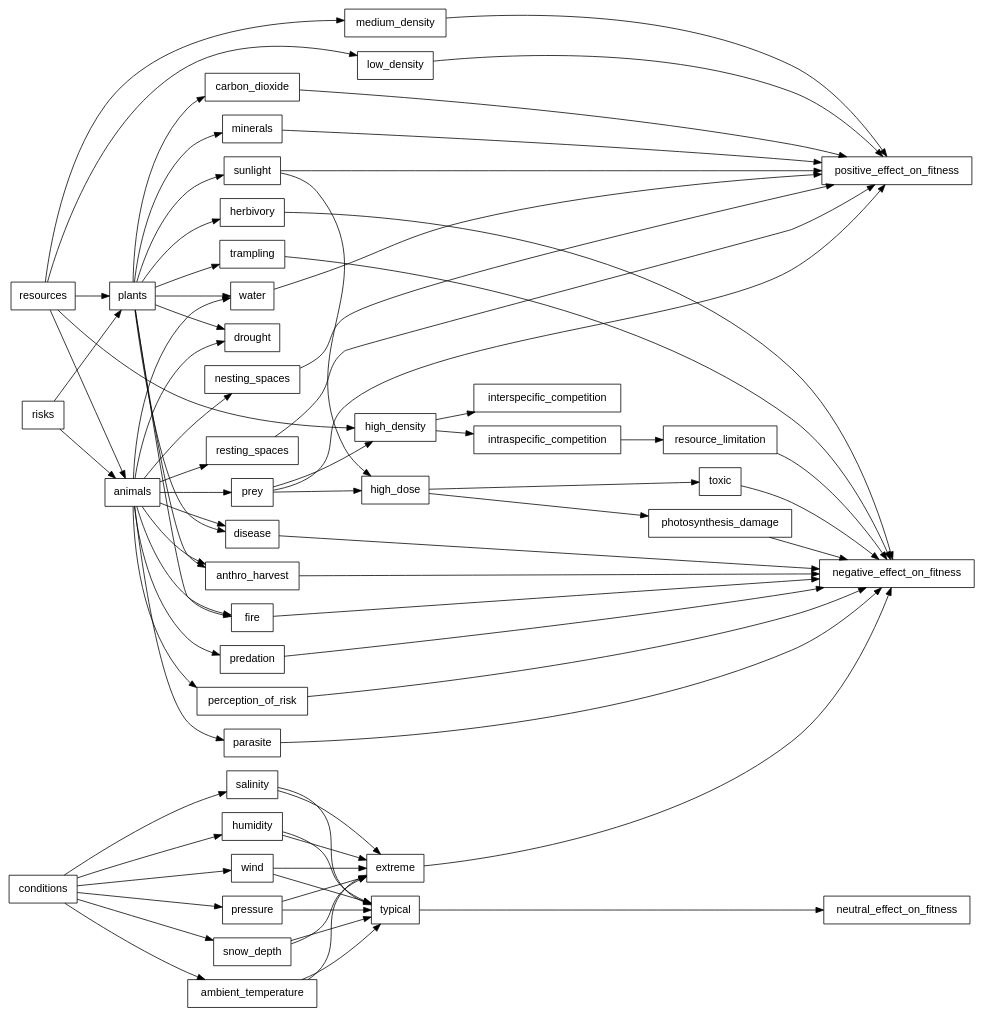
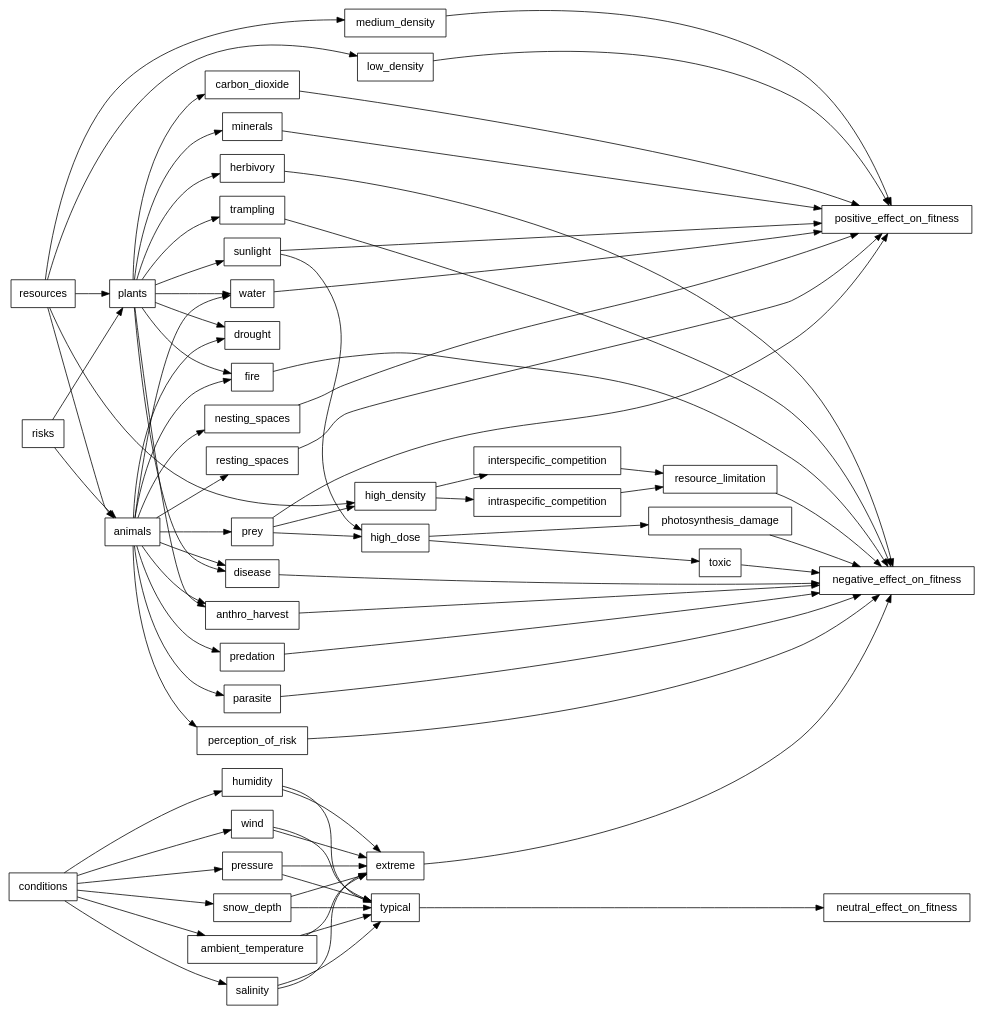
One commit to robitalec/comprehensive-exam changed the diagram in gv/resources-risks-conditions.gv. Above: the diagram before and after it, drawn with Graphviz.

Commit message:
fix inter/intra

```diff
--- a/gv/resources-risks-conditions.gv
+++ b/gv/resources-risks-conditions.gv
@@ -1,82 +1,82 @@
 digraph resources_risks_conditions {
 	rankdir = LR
   graph [fontsize = 12]
 
 	node [shape = box, fontname = Helvetica]
 
 		{rank=same
 	    resources
 	    risks
 	    conditions
 		}
 
 		{rank=same
 		  animals
 		  plants
 		}
 
 		{rank=same
 			positive_effect_on_fitness
 			negative_effect_on_fitness
 			neutral_effect_on_fitness
 		}
 
 		{rank=same
 			sunlight
 			carbon_dioxide
 			water
 			minerals
 			prey
 			water
 			nesting_spaces
 			resting_spaces
 		}
 
 		{rank=same
 			high_density
 			low_density
 			medium_density
 			high_dose
 			typical
 			extreme
 		}
 
 		{rank=same
 			herbivory
 			trampling
 			anthro_harvest
 			fire
 			disease
 			drought
 			predation
 			perception_of_risk
 			parasite
 			disease
 		}
 
     resources -> plants -> {sunlight carbon_dioxide water minerals}
     resources -> animals -> {prey water nesting_spaces resting_spaces}
 
     risks -> plants -> {herbivory trampling anthro_harvest fire disease drought}
     risks -> animals -> {predation perception_of_risk parasite disease anthro_harvest fire drought}
 
     conditions -> {ambient_temperature salinity humidity wind pressure snow_depth} -> {extreme typical}
 
     prey -> high_dose -> toxic
     sunlight -> high_dose -> photosynthesis_damage
 
     prey -> high_density -> {interspecific_competition intraspecific_competition}
-  	{intraspecific_competition intraspecific_competition} -> resource_limitation
+  	{interspecific_competition intraspecific_competition} -> resource_limitation
 
     resources -> {low_density medium_density high_density}
 
     extreme -> negative_effect_on_fitness
     typical -> neutral_effect_on_fitness
 
     {toxic photosynthesis_damage} -> negative_effect_on_fitness
     {herbivory trampling anthro_harvest fire disease parasite perception_of_risk predation resource_limitation} -> negative_effect_on_fitness
 
 		{medium_density low_density, resting_spaces nesting_spaces prey} -> positive_effect_on_fitness
 		{carbon_dioxide minerals water sunlight} -> positive_effect_on_fitness
 
 }
```
